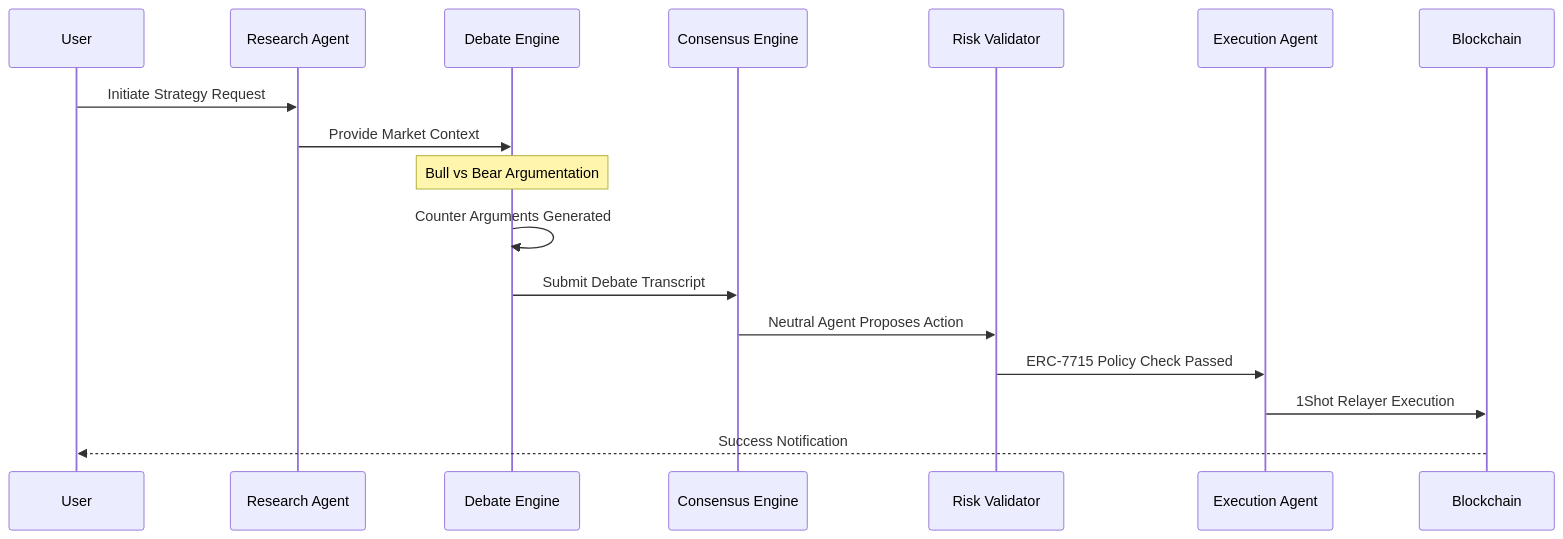
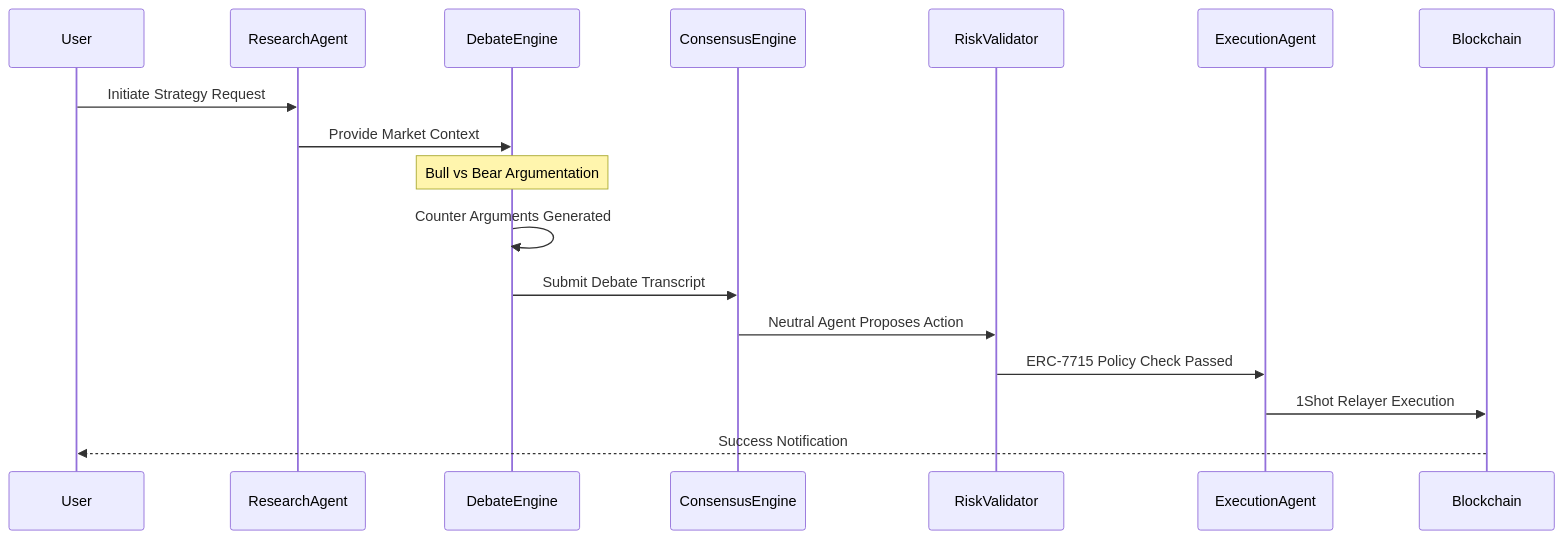
One commit to rohan911438/Sentinel-AI changed the second of 2 diagrams in README.md. Above: the diagram before and after it, drawn with Mermaid. The commit also changed other lines of this file, not shown here.

Commit message:
Fix mermaid diagrams parsing errors

````diff
--- a/README.md
+++ b/README.md
@@ -175,20 +170,20 @@
 ```mermaid
 sequenceDiagram
-    participant U as User
-    participant R as Research Agent
-    participant D as Debate Engine
-    participant C as Consensus Engine
-    participant V as Risk Validator
-    participant E as Execution Agent
-    participant B as Blockchain
+    participant User
+    participant ResearchAgent
+    participant DebateEngine
+    participant ConsensusEngine
+    participant RiskValidator
+    participant ExecutionAgent
+    participant Blockchain
     
-    U->>R: Initiate Strategy Request
-    R->>D: Provide Market Context
-    Note over D: Bull vs Bear Argumentation
-    D->>D: Counter Arguments Generated
-    D->>C: Submit Debate Transcript
-    C->>V: Neutral Agent Proposes Action
-    V->>E: ERC-7715 Policy Check Passed
-    E->>B: 1Shot Relayer Execution
-    B-->>U: Success Notification
+    User->>ResearchAgent: Initiate Strategy Request
+    ResearchAgent->>DebateEngine: Provide Market Context
+    Note over DebateEngine: Bull vs Bear Argumentation
+    DebateEngine->>DebateEngine: Counter Arguments Generated
+    DebateEngine->>ConsensusEngine: Submit Debate Transcript
+    ConsensusEngine->>RiskValidator: Neutral Agent Proposes Action
+    RiskValidator->>ExecutionAgent: ERC-7715 Policy Check Passed
+    ExecutionAgent->>Blockchain: 1Shot Relayer Execution
+    Blockchain-->>User: Success Notification
 ```
````
